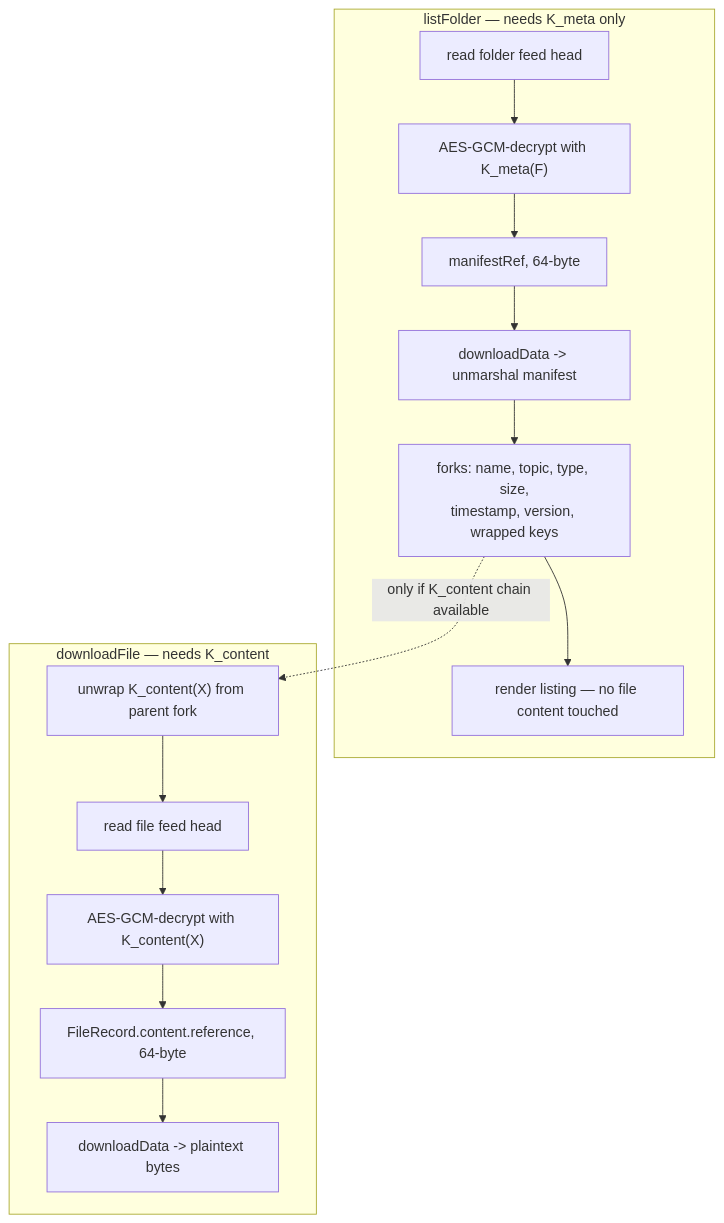
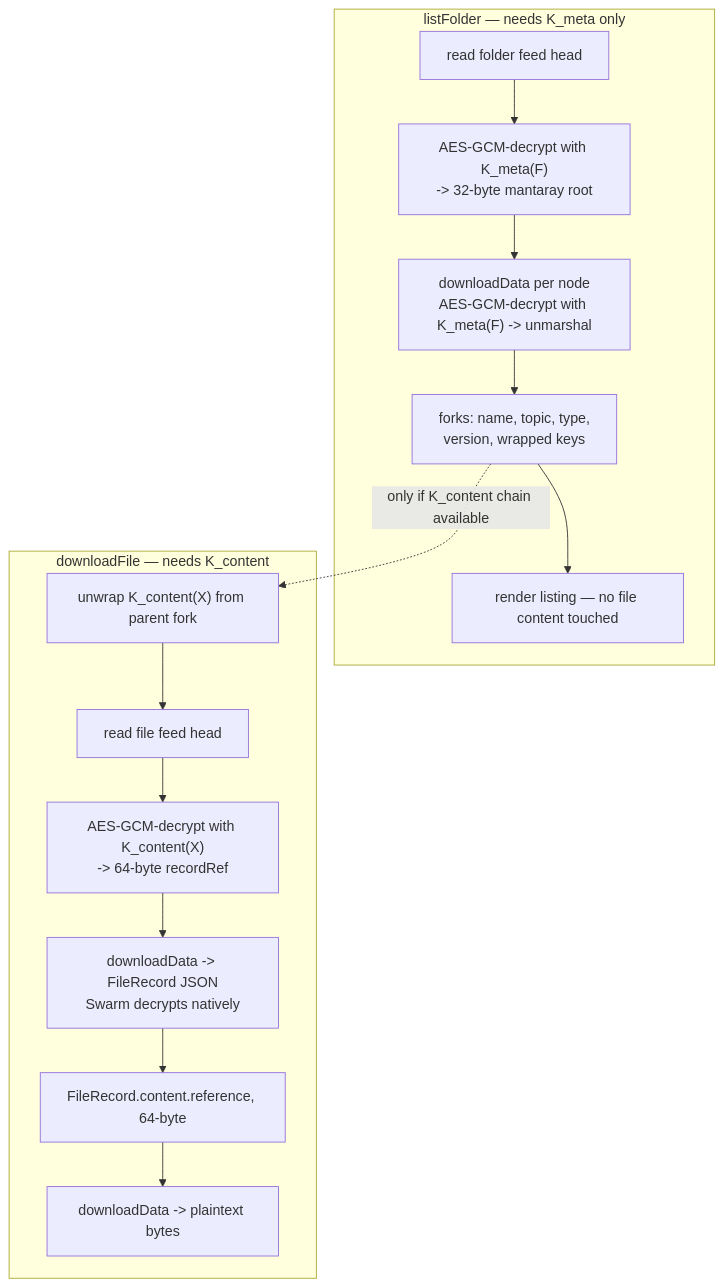
One commit to Solar-Punk-Ltd/file-manager-lib changed the fourth of 5 diagrams in encryption-and-act.md. Above: the diagram before and after it, drawn with Mermaid. The commit also changed other lines of this file and 38 other files, not shown here.

````diff
--- a/encryption-and-act.md
+++ b/encryption-and-act.md
@@ -194,19 +196,19 @@
 ```mermaid
 flowchart TD
     subgraph LIST["listFolder — needs K_meta only"]
-        L1["read folder feed head"] --> L2["AES-GCM-decrypt with K_meta(F)"]
-        L2 --> L3["manifestRef, 64-byte"]
-        L3 --> L4["downloadData -> unmarshal manifest"]
-        L4 --> L5["forks: name, topic, type, size,<br/>timestamp, version, wrapped keys"]
+        L1["read folder feed head"] --> L2["AES-GCM-decrypt with K_meta(F)<br/>-> 32-byte mantaray root"]
+        L2 --> L4["downloadData per node<br/>AES-GCM-decrypt with K_meta(F) -> unmarshal"]
+        L4 --> L5["forks: name, topic, type,<br/>version, wrapped keys"]
         L5 --> L6["render listing — no file content touched"]
     end
 
     subgraph OPEN["downloadFile — needs K_content"]
         O1["unwrap K_content(X) from parent fork"] --> O2["read file feed head"]
-        O2 --> O3["AES-GCM-decrypt with K_content(X)"]
-        O3 --> O4["FileRecord.content.reference, 64-byte"]
+        O2 --> O3["AES-GCM-decrypt with K_content(X)<br/>-> 64-byte recordRef"]
+        O3 --> O35["downloadData -> FileRecord JSON<br/>Swarm decrypts natively"]
+        O35 --> O4["FileRecord.content.reference, 64-byte"]
         O4 --> O5["downloadData -> plaintext bytes"]
     end
 
     L5 -.->|"only if K_content chain available"| O1
 ```
````
